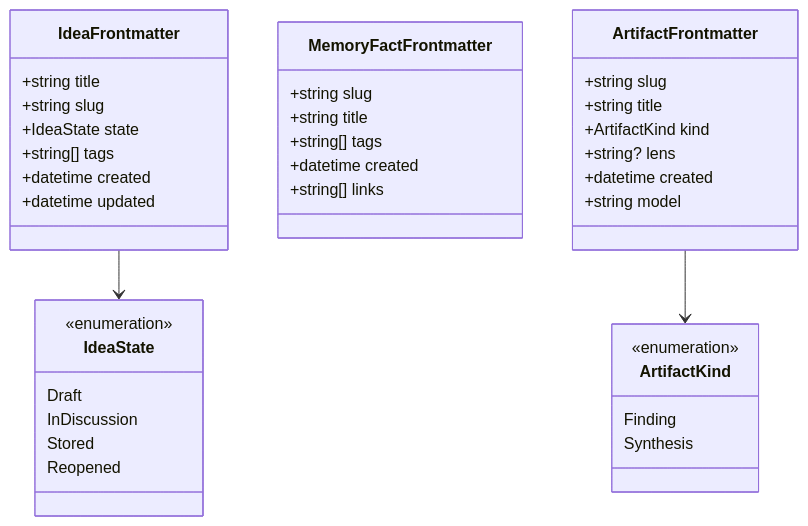
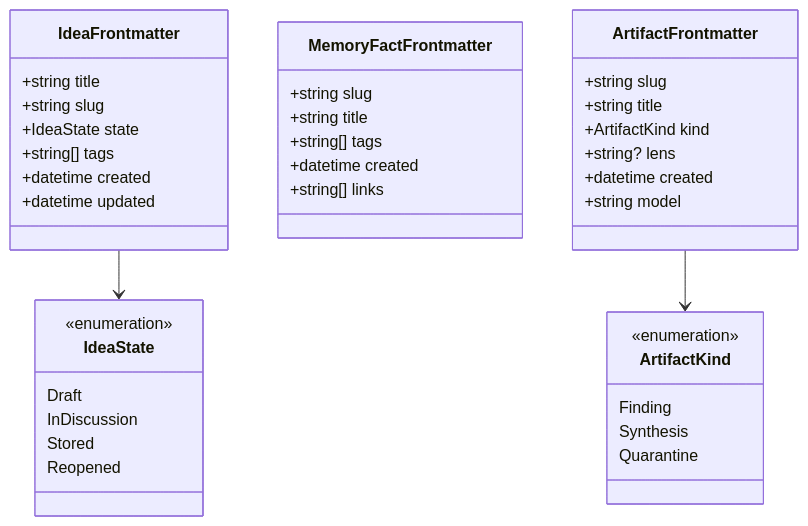
One commit to jasdian/idea-vault changed the second of 5 diagrams in docs/03-data-model.md. Above: the diagram before and after it, drawn with Mermaid. The commit also changed other lines of this file and 19 other files, not shown here.

````diff
--- a/docs/03-data-model.md
+++ b/docs/03-data-model.md
@@ -149,40 +157,41 @@
 ```mermaid
 classDiagram
     class IdeaFrontmatter {
         +string title
         +string slug
         +IdeaState state
         +string[] tags
         +datetime created
         +datetime updated
     }
     class IdeaState {
         <<enumeration>>
         Draft
         InDiscussion
         Stored
         Reopened
     }
     class MemoryFactFrontmatter {
         +string slug
         +string title
         +string[] tags
         +datetime created
         +string[] links
     }
     class ArtifactFrontmatter {
         +string slug
         +string title
         +ArtifactKind kind
         +string? lens
         +datetime created
         +string model
     }
     class ArtifactKind {
         <<enumeration>>
         Finding
         Synthesis
+        Quarantine
     }
     IdeaFrontmatter --> IdeaState
     ArtifactFrontmatter --> ArtifactKind
 ```
````
